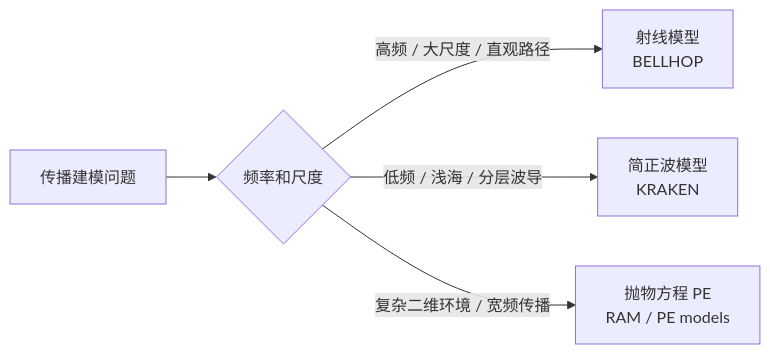
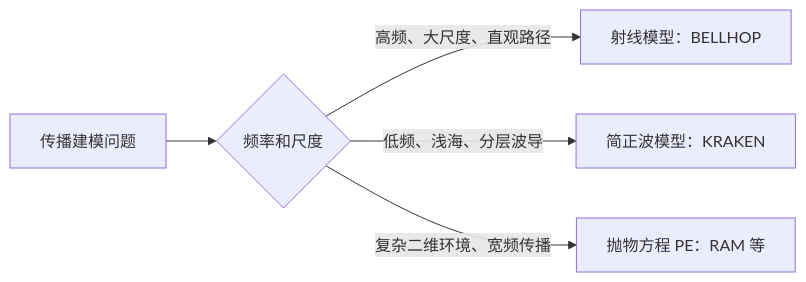
Before and after one commit to SatelliteCoder/Underwater-Acoustics-Learning: the fifth of 7 diagrams in docs/水声学原理概念参数原理汇总.md, drawn with Mermaid. The commit also changed other lines of this file, not shown here.

Commit message:
fix mermaid diagram rendering

````diff
--- a/docs/水声学原理概念参数原理汇总.md
+++ b/docs/水声学原理概念参数原理汇总.md
@@ -406,7 +406,7 @@
 ```mermaid
 flowchart LR
     A["传播建模问题"] --> B{"频率和尺度"}
-    B -->|"高频 / 大尺度 / 直观路径"| C["射线模型<br/>BELLHOP"]
-    B -->|"低频 / 浅海 / 分层波导"| D["简正波模型<br/>KRAKEN"]
-    B -->|"复杂二维环境 / 宽频传播"| E["抛物方程 PE<br/>RAM / PE models"]
+    B -->|"高频、大尺度、直观路径"| C["射线模型：BELLHOP"]
+    B -->|"低频、浅海、分层波导"| D["简正波模型：KRAKEN"]
+    B -->|"复杂二维环境、宽频传播"| E["抛物方程 PE：RAM 等"]
 ```
````
